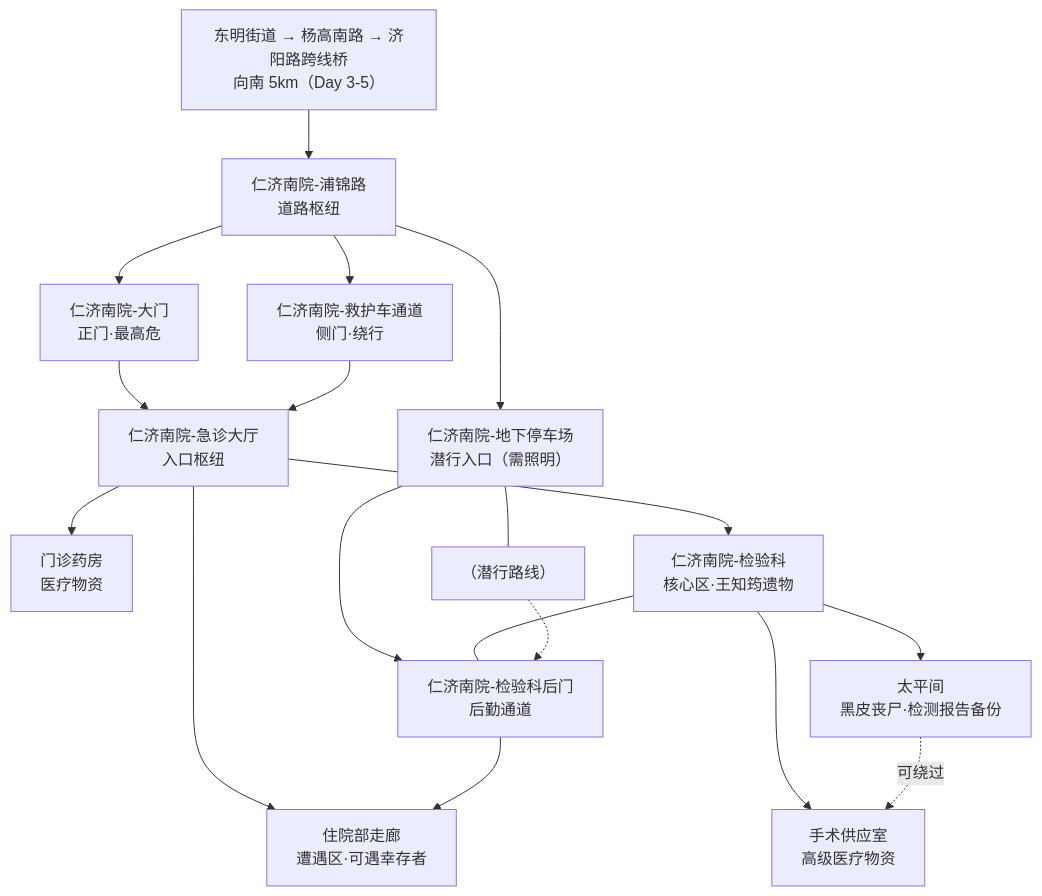
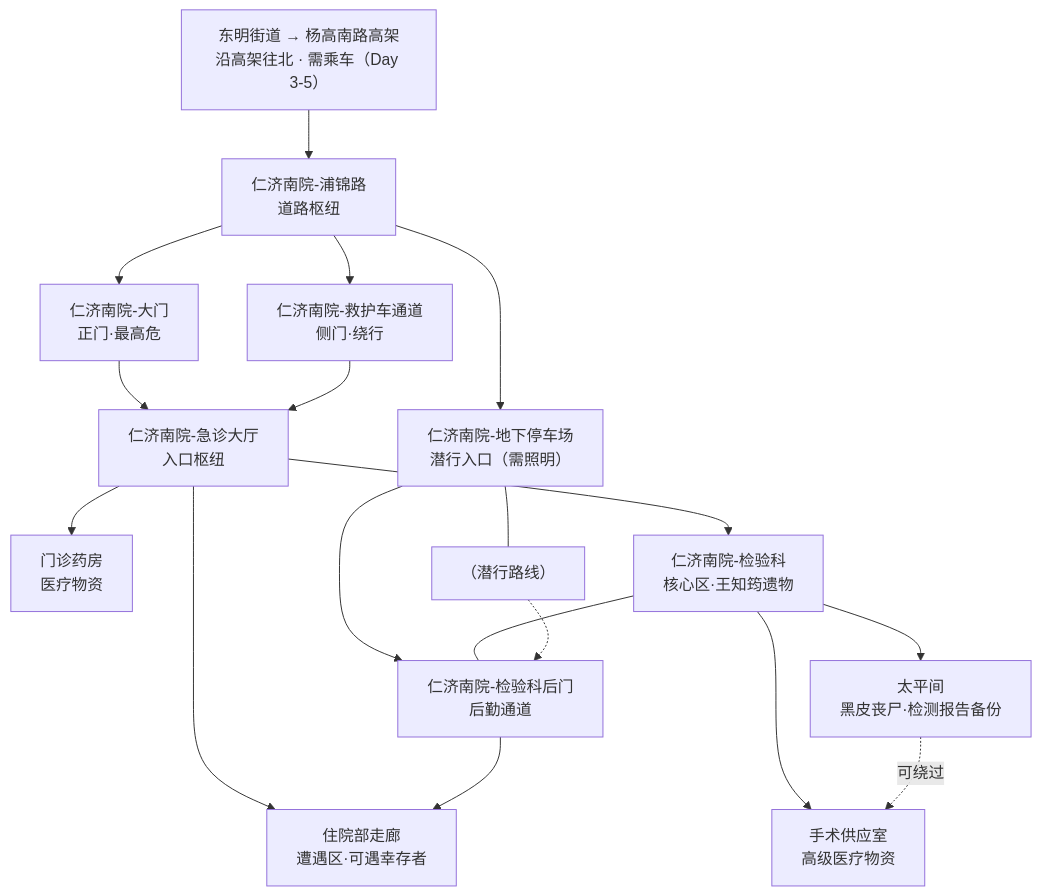
Before and after one commit to bobomymz/Plot-Game: the diagram in 仁济南院设计稿.md, drawn with Mermaid. The commit also changed other lines of this file and 3 other files, not shown here.

````diff
--- a/仁济南院设计稿.md
+++ b/仁济南院设计稿.md
@@ -76,25 +95,25 @@
 ```mermaid
 flowchart TD
-    START["东明街道 → 杨高南路 → 济阳路跨线桥<br/>向南 5km（Day 3-5）"] --> RIVER["仁济南院-浦锦路<br/>道路枢纽"]
+    START["东明街道 → 杨高南路高架<br/>沿高架往北 · 需乘车（Day 3-5）"] --> RIVER["仁济南院-浦锦路<br/>道路枢纽"]
 
     RIVER --> MAIN["仁济南院-大门<br/>正门·最高危"]
     RIVER --> AMB["仁济南院-救护车通道<br/>侧门·绕行"]
     RIVER --> PARK["仁济南院-地下停车场<br/>潜行入口（需照明）"]
 
     MAIN --> ER["仁济南院-急诊大厅<br/>入口枢纽"]
     AMB --> ER
     PARK --> BACK["仁济南院-检验科后门<br/>后勤通道"]
 
     ER --> PHARMACY["门诊药房<br/>医疗物资"]
     ER --> WARD["住院部走廊<br/>遭遇区·可遇幸存者"]
     ER --> LAB["仁济南院-检验科<br/>核心区·王知筠遗物"]
     LAB --- BACK
     LAB --> SUPPLY["手术供应室<br/>高级医疗物资"]
     LAB --> MORGUE["太平间<br/>黑皮丧尸·检测报告备份"]
 
     BACK --> WARD
     MORGUE -.可绕过.-> SUPPLY
 
     DETOUR["（潜行路线）"] -.-> BACK
     PARK --- DETOUR
 ```
````
